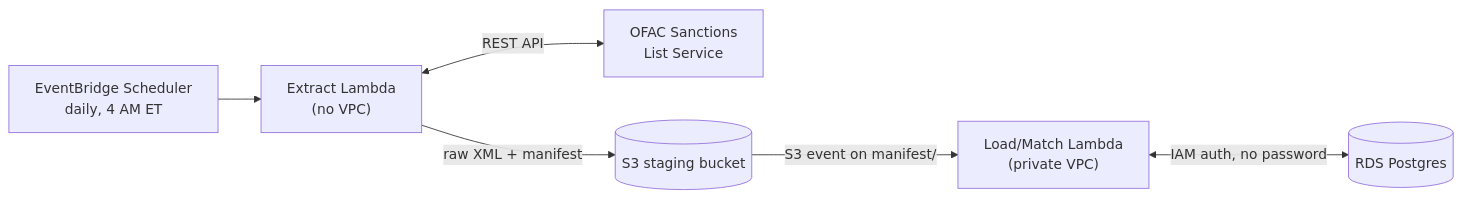
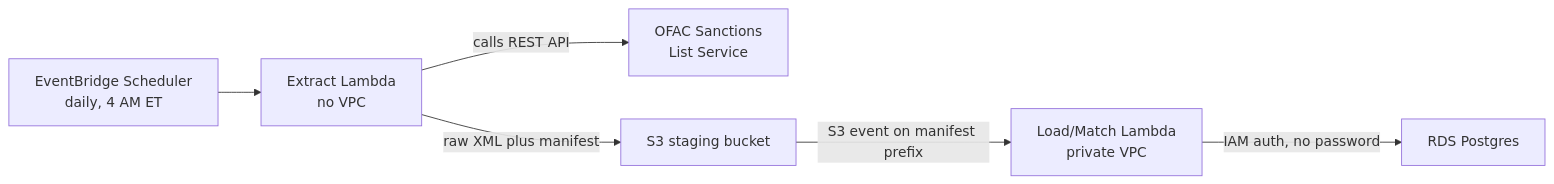
One commit to Jonathan-R-Jackson/ofac-sanctions-pipeline changed the diagram in README.md. Above: the diagram before and after it, drawn with Mermaid.

Commit message:
Simplify Mermaid diagram for GitHub compatibility

````diff
--- a/README.md
+++ b/README.md
@@ -19,8 +19,8 @@
 ```mermaid
 flowchart LR
-    EB["EventBridge Scheduler\ndaily, 4 AM ET"] --> EL["Extract Lambda\n(no VPC)"]
-    EL <-->|"REST API"| OFAC["OFAC Sanctions\nList Service"]
-    EL -->|"raw XML + manifest"| S3[("S3 staging bucket")]
-    S3 -->|"S3 event on manifest/"| LL["Load/Match Lambda\n(private VPC)"]
-    LL <-->|"IAM auth, no password"| RDS[("RDS Postgres")]
+    EB["EventBridge Scheduler<br/>daily, 4 AM ET"] --> EL["Extract Lambda<br/>no VPC"]
+    EL -->|"calls REST API"| OFAC["OFAC Sanctions<br/>List Service"]
+    EL -->|"raw XML plus manifest"| S3["S3 staging bucket"]
+    S3 -->|"S3 event on manifest prefix"| LL["Load/Match Lambda<br/>private VPC"]
+    LL -->|"IAM auth, no password"| RDS["RDS Postgres"]
 ```
````
